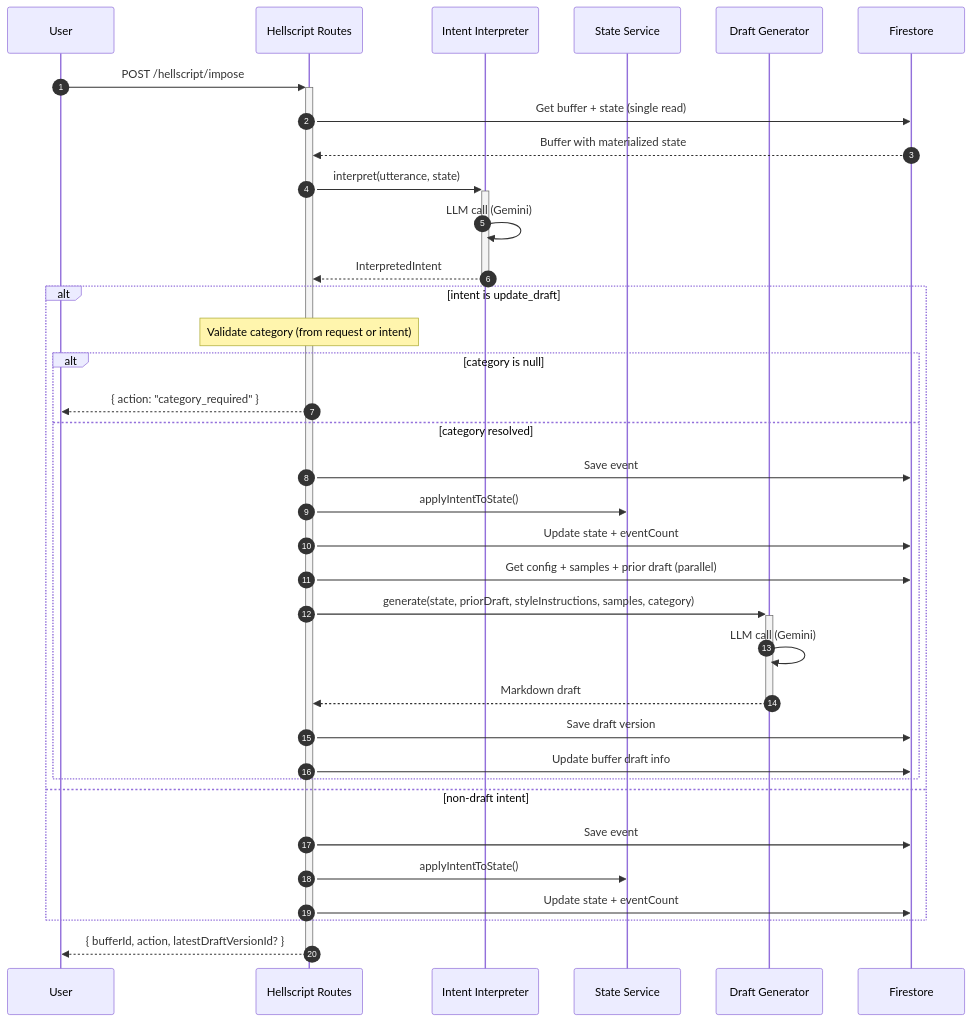
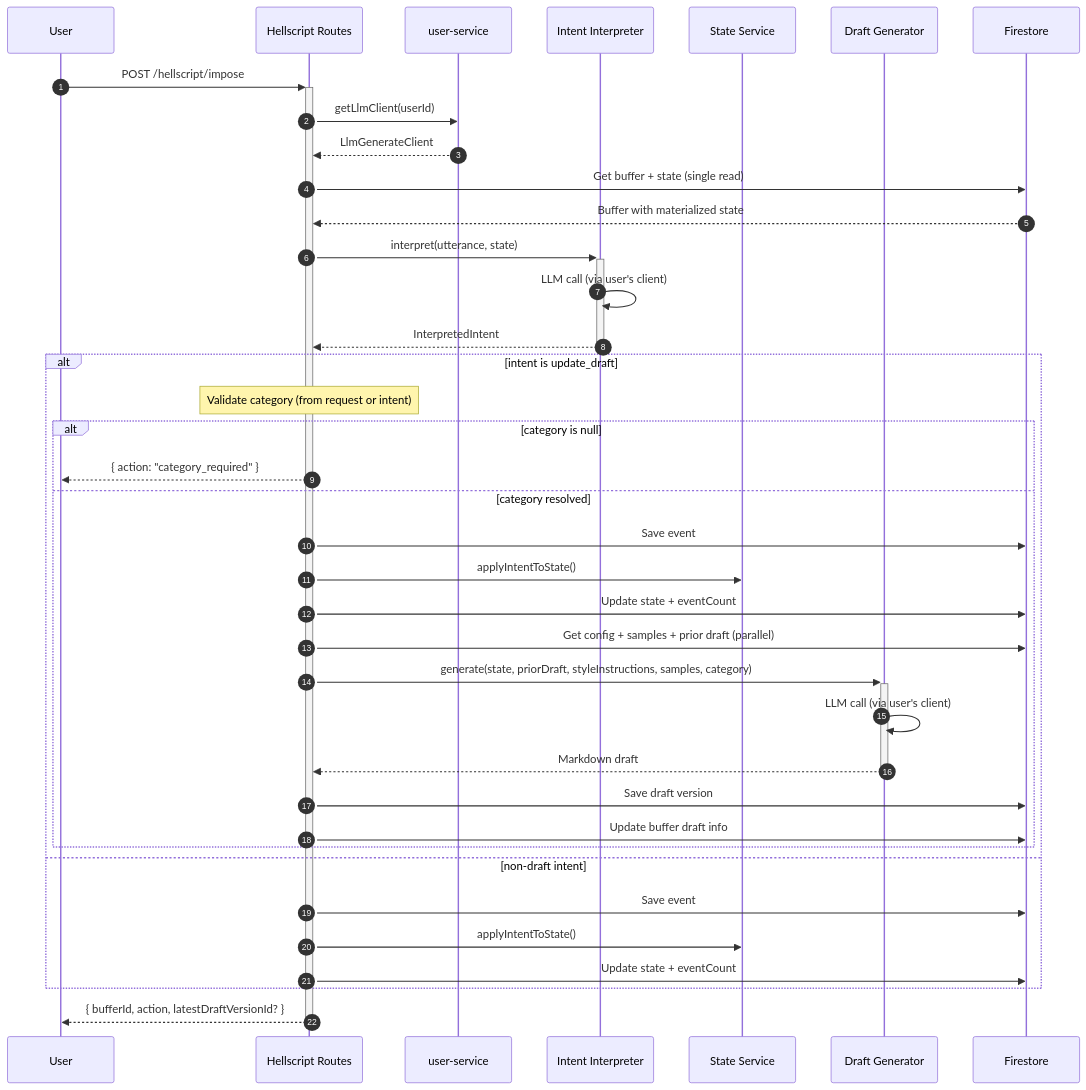
Before and after one commit to pbuchman/intexuraos: the second of 2 diagrams in docs/services/hellscript-agent/technical.md, drawn with Mermaid. The commit also changed other lines of this file and 132 other files, not shown here.

````diff
--- a/docs/services/hellscript-agent/technical.md
+++ b/docs/services/hellscript-agent/technical.md
@@ -47,38 +51,41 @@
 ```mermaid
 sequenceDiagram
     autonumber
     participant User
     participant API as Hellscript Routes
+    participant UserSvc as user-service
     participant Interpreter as Intent Interpreter
     participant State as State Service
     participant DraftGen as Draft Generator
     participant Firestore
 
     User->>+API: POST /hellscript/impose
+    API->>UserSvc: getLlmClient(userId)
+    UserSvc-->>API: LlmGenerateClient
     API->>Firestore: Get buffer + state (single read)
     Firestore-->>API: Buffer with materialized state
     API->>+Interpreter: interpret(utterance, state)
-    Interpreter->>Interpreter: LLM call (Gemini)
+    Interpreter->>Interpreter: LLM call (via user's client)
     Interpreter-->>-API: InterpretedIntent
     alt intent is update_draft
         Note over API: Validate category (from request or intent)
         alt category is null
             API-->>User: { action: "category_required" }
         else category resolved
             API->>Firestore: Save event
             API->>State: applyIntentToState()
             API->>Firestore: Update state + eventCount
             API->>Firestore: Get config + samples + prior draft (parallel)
             API->>+DraftGen: generate(state, priorDraft, styleInstructions, samples, category)
-            DraftGen->>DraftGen: LLM call (Gemini)
+            DraftGen->>DraftGen: LLM call (via user's client)
             DraftGen-->>-API: Markdown draft
             API->>Firestore: Save draft version
             API->>Firestore: Update buffer draft info
         end
     else non-draft intent
         API->>Firestore: Save event
         API->>State: applyIntentToState()
         API->>Firestore: Update state + eventCount
     end
     API-->>-User: { bufferId, action, latestDraftVersionId? }
 ```
````
